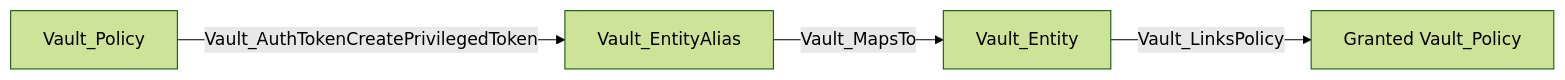
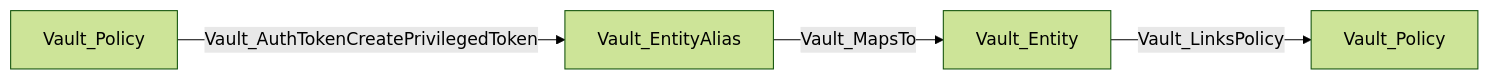
Diagram 37 of 39 in Documentation/stores/AUTH.md (bytewreck/opengraph-vault), drawn with Mermaid (forest theme) before and after one commit. The commit also changed other lines of this file, not shown here.

````diff
--- a/Documentation/stores/AUTH.md
+++ b/Documentation/stores/AUTH.md
@@ -1098,6 +910,6 @@
 ```mermaid
 flowchart LR
     policy[Vault_Policy] -->|Vault_AuthTokenCreatePrivilegedToken| alias[Vault_EntityAlias]
     alias -->|Vault_MapsTo| entity[Vault_Entity]
-    entity -->|Vault_LinksPolicy| granted["Granted Vault_Policy"]
+    entity -->|Vault_LinksPolicy| granted[Vault_Policy]
 ```
````
